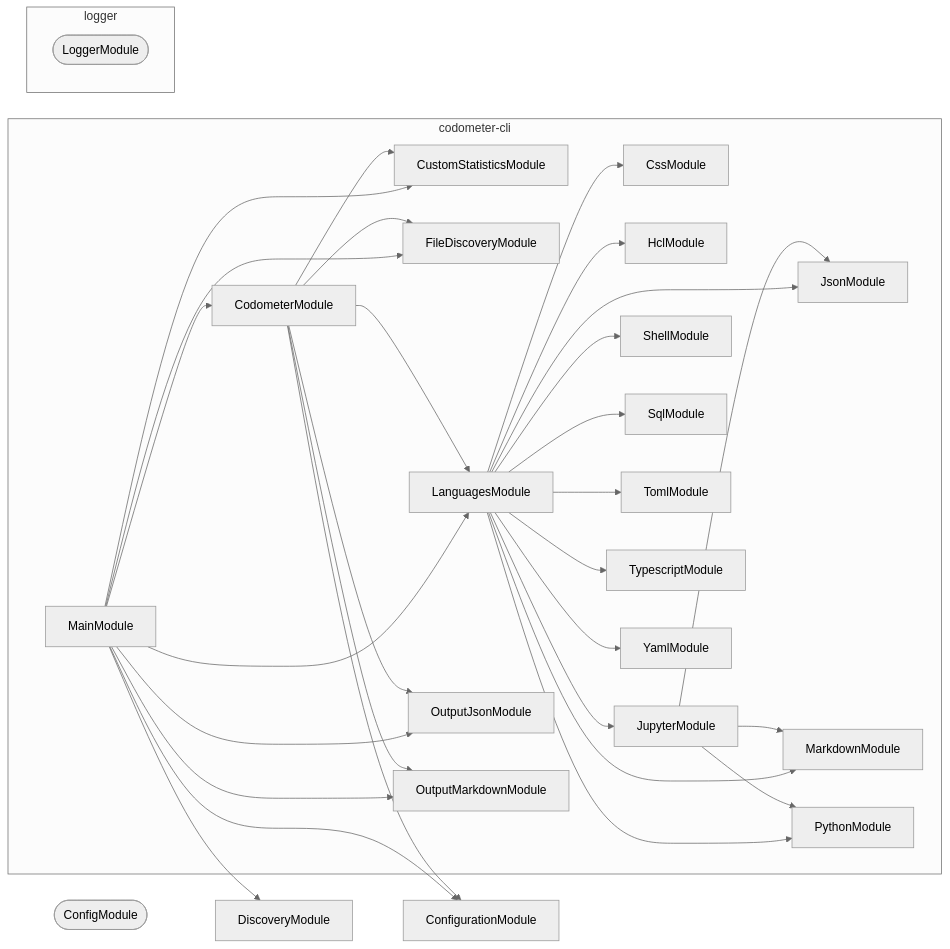
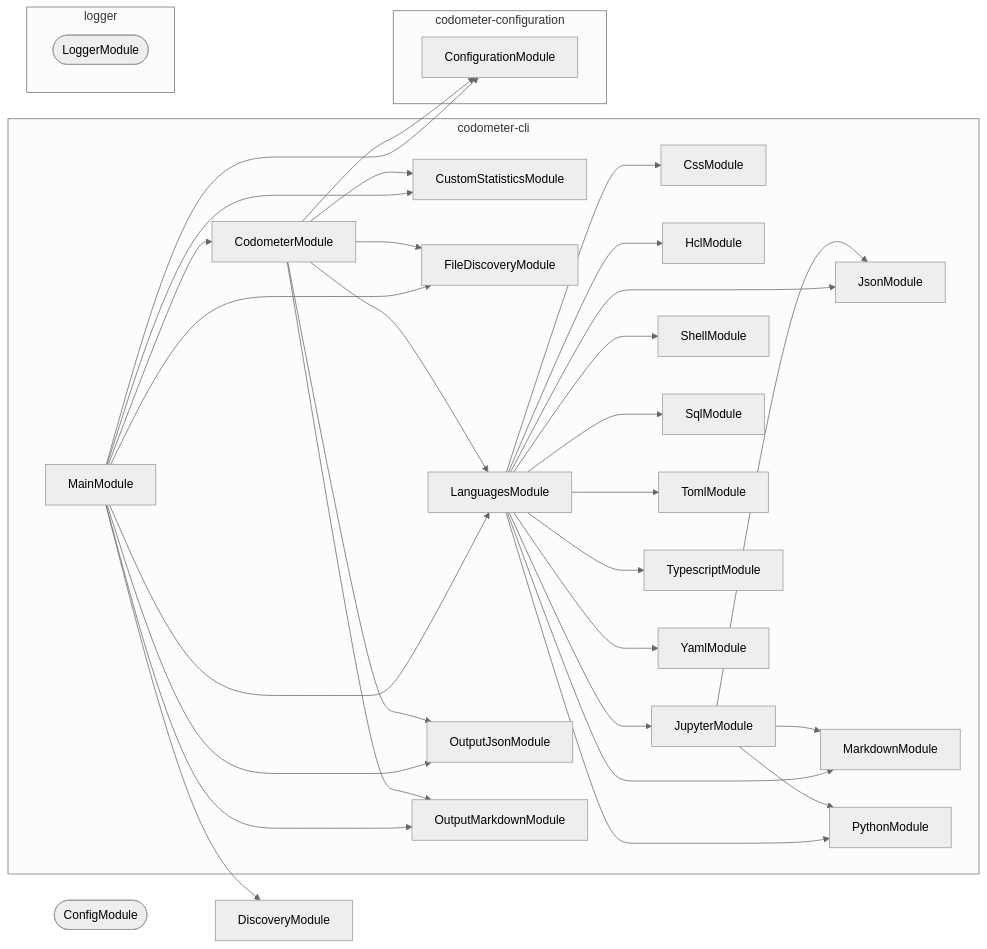
Before and after one commit to JimmyPaolini/codebase: the diagram in packages/codometer-cli/AGENTS.md, drawn with Mermaid (neutral theme). The commit also changed 59 other files, not shown here.

Commit message:
fix(conformetry): 🐛 disambiguate module names so both graphs agree

````diff
--- a/packages/codometer-cli/AGENTS.md
+++ b/packages/codometer-cli/AGENTS.md
@@ -58,57 +58,59 @@
 ```mermaid
 flowchart LR
   subgraph group0["codometer-cli"]
     CodometerModule
     CssModule
     CustomStatisticsModule
     FileDiscoveryModule
     HclModule
     JsonModule
     JupyterModule
     LanguagesModule
     MainModule
     MarkdownModule
     OutputJsonModule
     OutputMarkdownModule
     PythonModule
     ShellModule
     SqlModule
     TomlModule
     TypescriptModule
     YamlModule
   end
-  subgraph group1["logger"]
+  subgraph group1["codometer-configuration"]
+    ConfigurationModule
+  end
+  subgraph group2["logger"]
     LoggerModule([LoggerModule])
   end
   ConfigModule([ConfigModule])
-  ConfigurationModule
   DiscoveryModule
   CodometerModule --> ConfigurationModule
   CodometerModule --> CustomStatisticsModule
   CodometerModule --> FileDiscoveryModule
   CodometerModule --> LanguagesModule
   CodometerModule --> OutputJsonModule
   CodometerModule --> OutputMarkdownModule
   JupyterModule --> JsonModule
   JupyterModule --> MarkdownModule
   JupyterModule --> PythonModule
   LanguagesModule --> CssModule
   LanguagesModule --> HclModule
   LanguagesModule --> JsonModule
   LanguagesModule --> JupyterModule
   LanguagesModule --> MarkdownModule
   LanguagesModule --> PythonModule
   LanguagesModule --> ShellModule
   LanguagesModule --> SqlModule
   LanguagesModule --> TomlModule
   LanguagesModule --> TypescriptModule
   LanguagesModule --> YamlModule
   MainModule --> CodometerModule
   MainModule --> ConfigurationModule
   MainModule --> CustomStatisticsModule
   MainModule --> DiscoveryModule
   MainModule --> FileDiscoveryModule
   MainModule --> LanguagesModule
   MainModule --> OutputJsonModule
   MainModule --> OutputMarkdownModule
 ```
````
